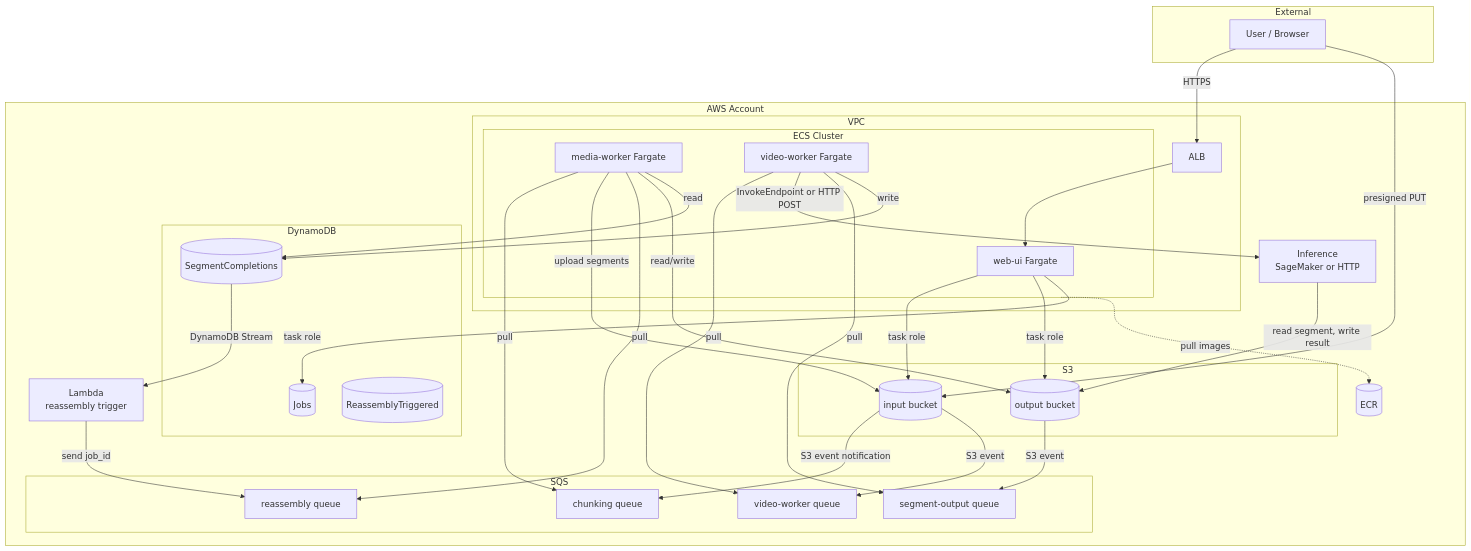
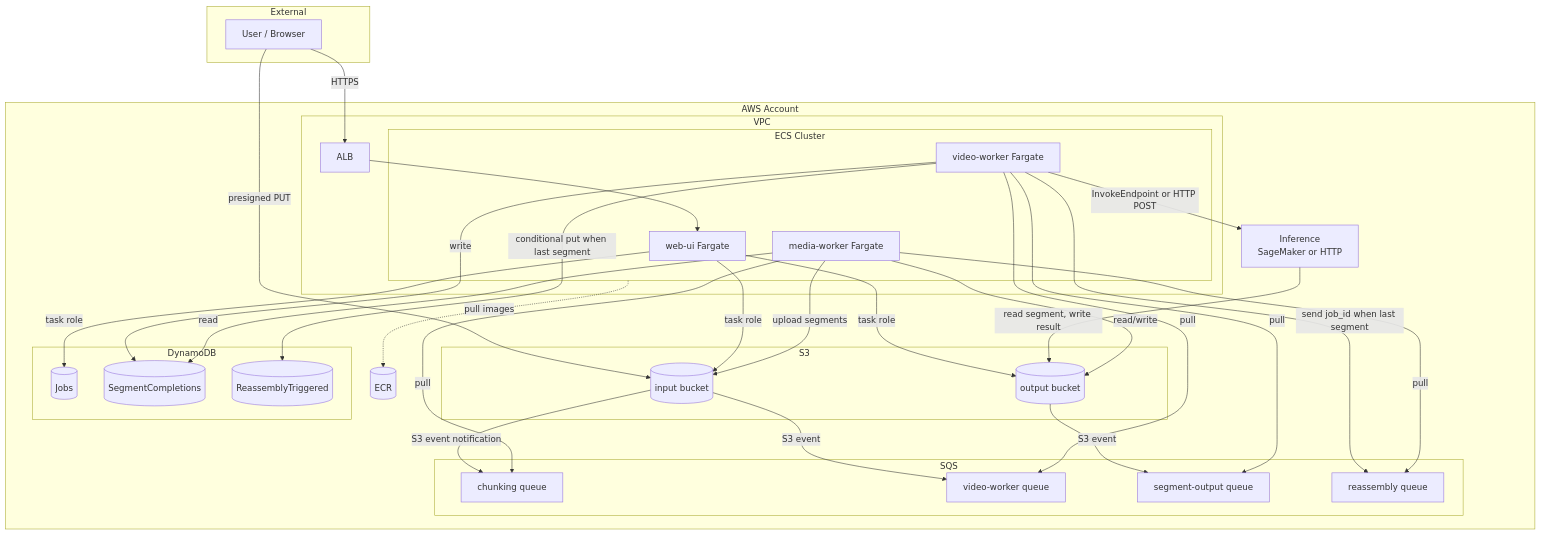
Before and after one commit to alexpialetski/stereo-spot: the second of 7 diagrams in ARCHITECTURE.md, drawn with Mermaid. The commit also changed other lines of this file and 30 other files, not shown here.

First line of the commit message:
refactor(video-worker): move reassembly trigger from Lambda into video-worker

````diff
--- a/ARCHITECTURE.md
+++ b/ARCHITECTURE.md
@@ -89,63 +89,62 @@
 ```mermaid
 flowchart TB
     subgraph External
         User[User / Browser]
     end
 
     subgraph AWS["AWS Account"]
         subgraph VPC["VPC"]
             ALB[ALB]
             subgraph ECS["ECS Cluster"]
                 WebUI[web-ui Fargate]
                 MediaW[media-worker Fargate]
                 VideoW[video-worker Fargate]
             end
         end
 
         SageMaker[Inference\nSageMaker or HTTP]
         ECR[(ECR)]
 
         subgraph Storage["S3"]
             InputBucket[(input bucket)]
             OutputBucket[(output bucket)]
         end
 
         subgraph Queues["SQS"]
             ChunkQ[chunking queue]
             VideoQ[video-worker queue]
             SegOutQ[segment-output queue]
             ReassQ[reassembly queue]
         end
 
         subgraph DB["DynamoDB"]
             Jobs[(Jobs)]
             SegCompl[(SegmentCompletions)]
             ReassTrig[(ReassemblyTriggered)]
         end
 
-        Lambda[Lambda\nreassembly trigger]
     end
 
     User -->|HTTPS| ALB
     ALB --> WebUI
     User -->|presigned PUT| InputBucket
     WebUI -->|task role| InputBucket
     WebUI -->|task role| OutputBucket
     WebUI -->|task role| Jobs
     InputBucket -->|S3 event notification| ChunkQ
     MediaW -->|pull| ChunkQ
     MediaW -->|upload segments| InputBucket
     InputBucket -->|S3 event| VideoQ
     VideoW -->|pull| VideoQ
     VideoW -->|InvokeEndpoint or HTTP POST| SageMaker
     SageMaker -->|read segment, write result| OutputBucket
     OutputBucket -->|S3 event| SegOutQ
     VideoW -->|pull| SegOutQ
     VideoW -->|write| SegCompl
-    SegCompl -->|DynamoDB Stream| Lambda
-    Lambda -->|send job_id| ReassQ
+    VideoW -->|conditional put when last segment| ReassTrig
+    VideoW -->|send job_id when last segment| ReassQ
     MediaW -->|pull| ReassQ
     MediaW -->|read/write| OutputBucket
     MediaW -->|read| SegCompl
     ECS -.->|pull images| ECR
 ```
````
